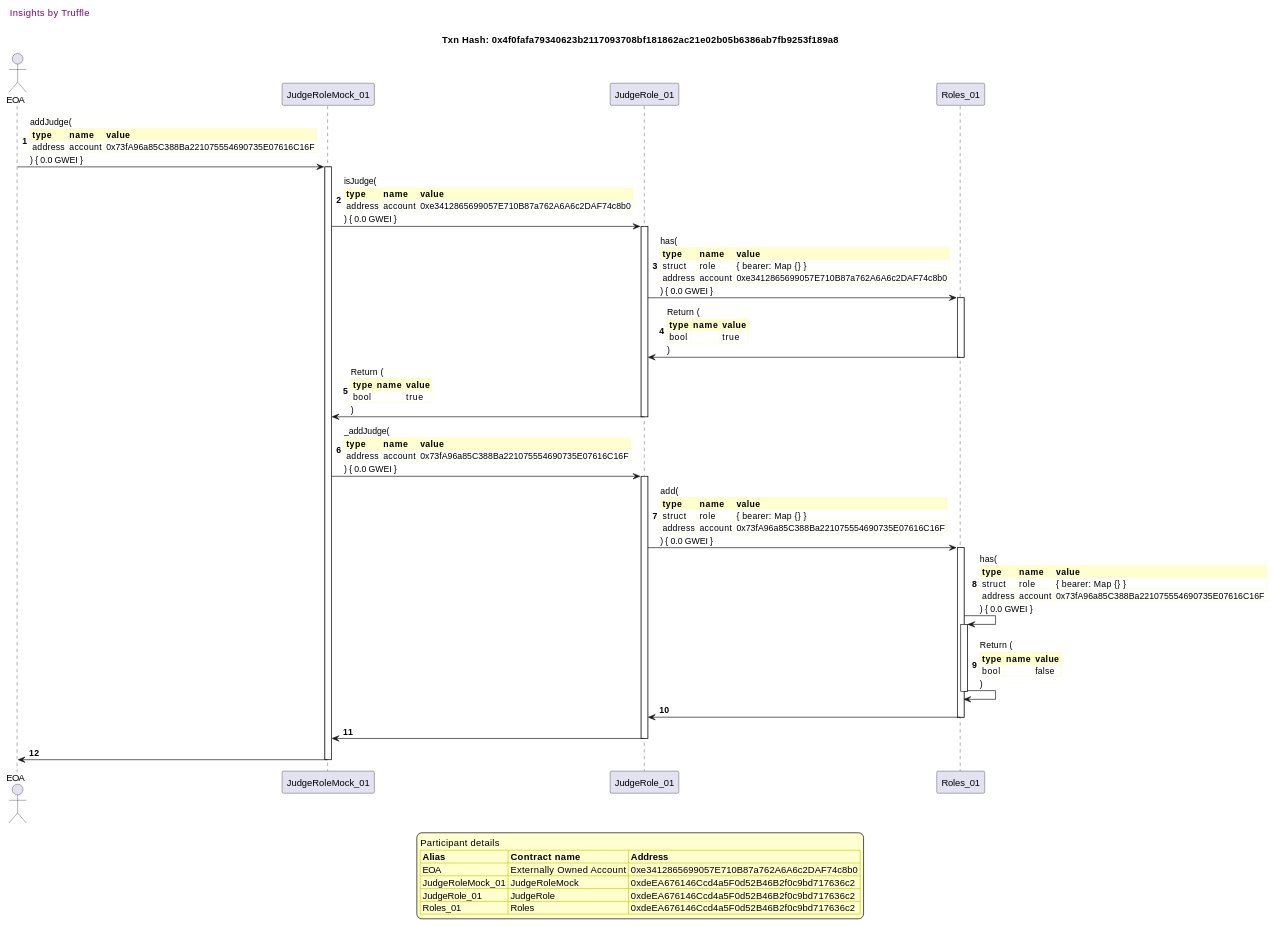
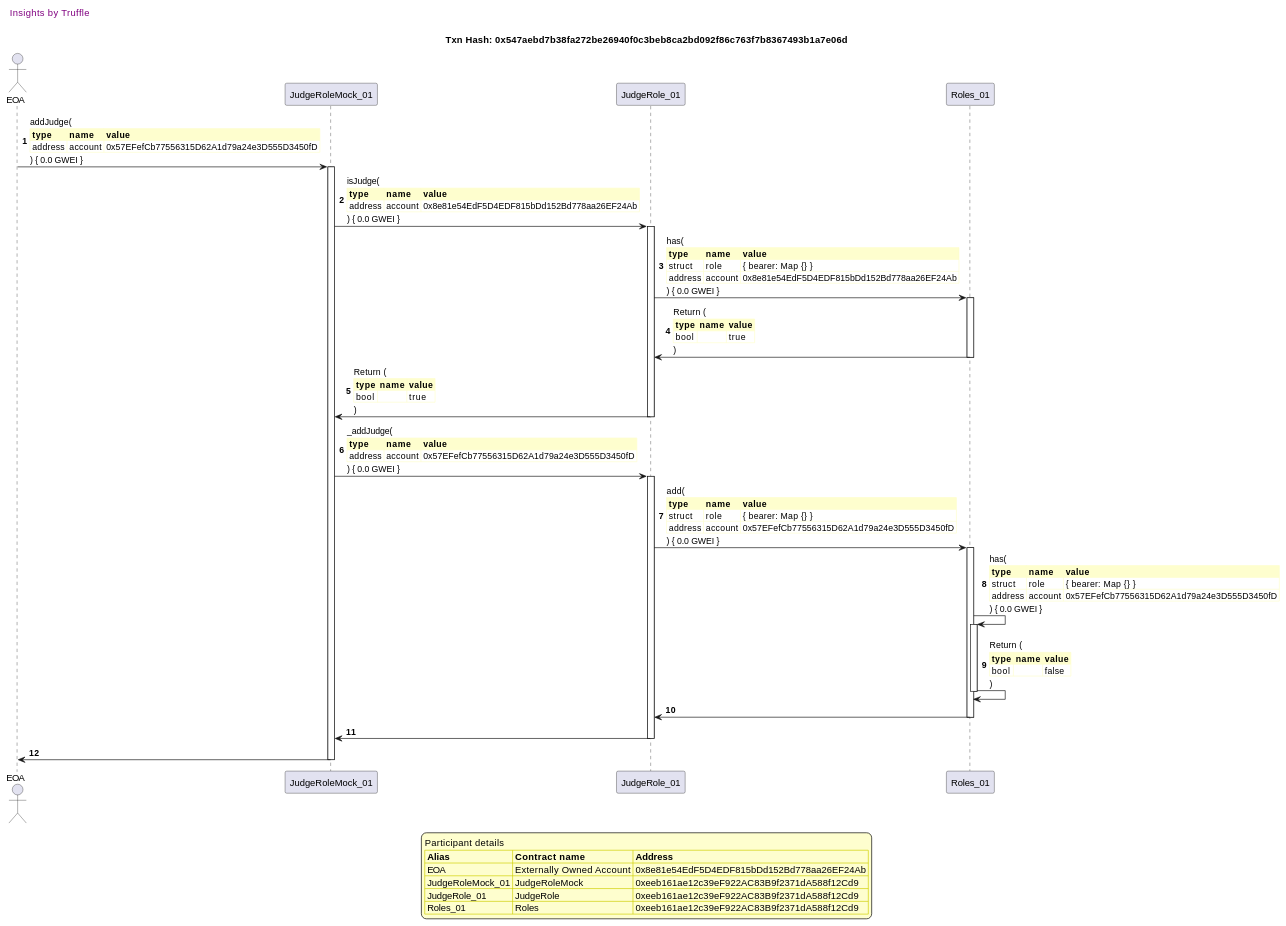
One commit to fodisi/hackapay changed diagram 11 of 41 in truffle-seq/roles_judgerole.md. Above: the diagram before and after it, drawn with PlantUML. The commit also changed other lines of this file and 10 other files, not shown here.

````diff
--- a/truffle-seq/roles_judgerole.md
+++ b/truffle-seq/roles_judgerole.md
@@ -803,81 +803,81 @@
 ```plantuml
 
 
 @startuml
 
 autonumber
 skinparam legendBackgroundColor #FEFECE
 
 <style>
       header {
         HorizontalAlignment left
         FontColor purple
         FontSize 14
         Padding 10
       }
     </style>
 
 header Insights by Truffle
 
-title Txn Hash: 0x4f0fafa79340623b2117093708bf181862ac21e02b05b6386ab7fb9253f189a8
+title Txn Hash: 0x547aebd7b38fa272be26940f0c3beb8ca2bd092f86c763f7b8367493b1a7e06d
 
 
 actor EOA as "EOA"
 participant JudgeRoleMock_01 as "JudgeRoleMock_01"
 participant JudgeRole_01 as "JudgeRole_01"
 participant Roles_01 as "Roles_01"
 
 "EOA" -> "JudgeRoleMock_01" ++: addJudge(\n\
 <#FEFECE,#FEFECE>|= type |= name |= value |\n\
-| address | account | 0x73fA96a85C388Ba221075554690735E07616C16F |\n\
+| address | account | 0x57EFefCb77556315D62A1d79a24e3D555D3450fD |\n\
 ) { 0.0 GWEI }
 "JudgeRoleMock_01" -> "JudgeRole_01" ++: isJudge(\n\
 <#FEFECE,#FEFECE>|= type |= name |= value |\n\
-| address | account | 0xe3412865699057E710B87a762A6A6c2DAF74c8b0 |\n\
+| address | account | 0x8e81e54EdF5D4EDF815bDd152Bd778aa26EF24Ab |\n\
 ) { 0.0 GWEI }
 "JudgeRole_01" -> "Roles_01" ++: has(\n\
 <#FEFECE,#FEFECE>|= type |= name |= value |\n\
 | struct | role | { bearer: Map {} } |\n\
-| address | account | 0xe3412865699057E710B87a762A6A6c2DAF74c8b0 |\n\
+| address | account | 0x8e81e54EdF5D4EDF815bDd152Bd778aa26EF24Ab |\n\
 ) { 0.0 GWEI }
 "Roles_01" -> "JudgeRole_01" --: Return (\n\
 <#FEFECE,#FEFECE>|= type |= name |= value |\n\
 | bool |  | true |\n\
 )
 "JudgeRole_01" -> "JudgeRoleMock_01" --: Return (\n\
 <#FEFECE,#FEFECE>|= type |= name |= value |\n\
 | bool |  | true |\n\
 )
 "JudgeRoleMock_01" -> "JudgeRole_01" ++: _addJudge(\n\
 <#FEFECE,#FEFECE>|= type |= name |= value |\n\
-| address | account | 0x73fA96a85C388Ba221075554690735E07616C16F |\n\
+| address | account | 0x57EFefCb77556315D62A1d79a24e3D555D3450fD |\n\
 ) { 0.0 GWEI }
 "JudgeRole_01" -> "Roles_01" ++: add(\n\
 <#FEFECE,#FEFECE>|= type |= name |= value |\n\
 | struct | role | { bearer: Map {} } |\n\
-| address | account | 0x73fA96a85C388Ba221075554690735E07616C16F |\n\
+| address | account | 0x57EFefCb77556315D62A1d79a24e3D555D3450fD |\n\
 ) { 0.0 GWEI }
 "Roles_01" -> "Roles_01" ++: has(\n\
 <#FEFECE,#FEFECE>|= type |= name |= value |\n\
 | struct | role | { bearer: Map {} } |\n\
-| address | account | 0x73fA96a85C388Ba221075554690735E07616C16F |\n\
+| address | account | 0x57EFefCb77556315D62A1d79a24e3D555D3450fD |\n\
 ) { 0.0 GWEI }
 "Roles_01" -> "Roles_01" --: Return (\n\
 <#FEFECE,#FEFECE>|= type |= name |= value |\n\
 | bool |  | false |\n\
 )
 "Roles_01" -> "JudgeRole_01" --: 
 "JudgeRole_01" -> "JudgeRoleMock_01" --: 
 "JudgeRoleMock_01" -> "EOA" --: 
 
 legend
 Participant details
 <#FEFECE,#D0D000>|= Alias |= Contract name |= Address |
-<#FEFECE>| EOA | Externally Owned Account | 0xe3412865699057E710B87a762A6A6c2DAF74c8b0 |
-<#FEFECE>| JudgeRoleMock_01 | JudgeRoleMock | 0xdeEA676146Ccd4a5F0d52B46B2f0c9bd717636c2 |
-<#FEFECE>| JudgeRole_01 | JudgeRole | 0xdeEA676146Ccd4a5F0d52B46B2f0c9bd717636c2 |
-<#FEFECE>| Roles_01 | Roles | 0xdeEA676146Ccd4a5F0d52B46B2f0c9bd717636c2 |
+<#FEFECE>| EOA | Externally Owned Account | 0x8e81e54EdF5D4EDF815bDd152Bd778aa26EF24Ab |
+<#FEFECE>| JudgeRoleMock_01 | JudgeRoleMock | 0xeeb161ae12c39eF922AC83B9f2371dA588f12Cd9 |
+<#FEFECE>| JudgeRole_01 | JudgeRole | 0xeeb161ae12c39eF922AC83B9f2371dA588f12Cd9 |
+<#FEFECE>| Roles_01 | Roles | 0xeeb161ae12c39eF922AC83B9f2371dA588f12Cd9 |
 endlegend
 
 @enduml
 ```
````
